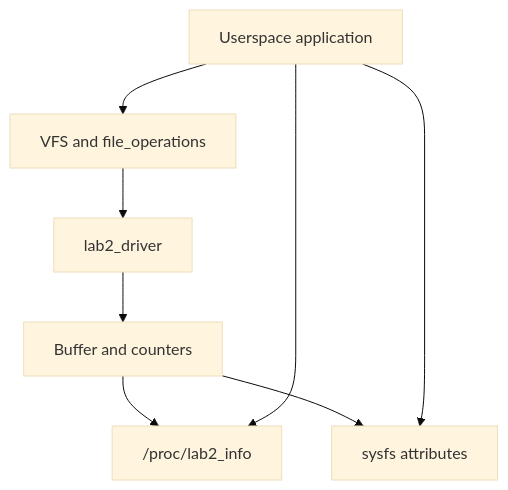
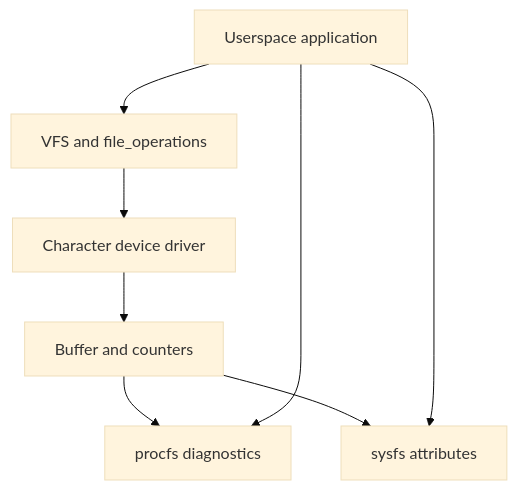
Before and after one commit to phuctran2001/LOS201-Embedded-Linux-Group: the second of 3 diagrams in README.md, drawn with Mermaid (base theme). The commit also changed other lines of this file and 8 other files, not shown here.

````diff
--- a/README.md
+++ b/README.md
@@ -189,10 +182,10 @@
 ```mermaid
 flowchart TD
     A["Userspace application"] --> V["VFS and file_operations"]
-    V --> D["lab2_driver"]
+    V --> D["Character device driver"]
     D --> B["Buffer and counters"]
-    B --> P["/proc/lab2_info"]
+    B --> P["procfs diagnostics"]
     B --> S["sysfs attributes"]
     A --> P
     A --> S
 ```
````
